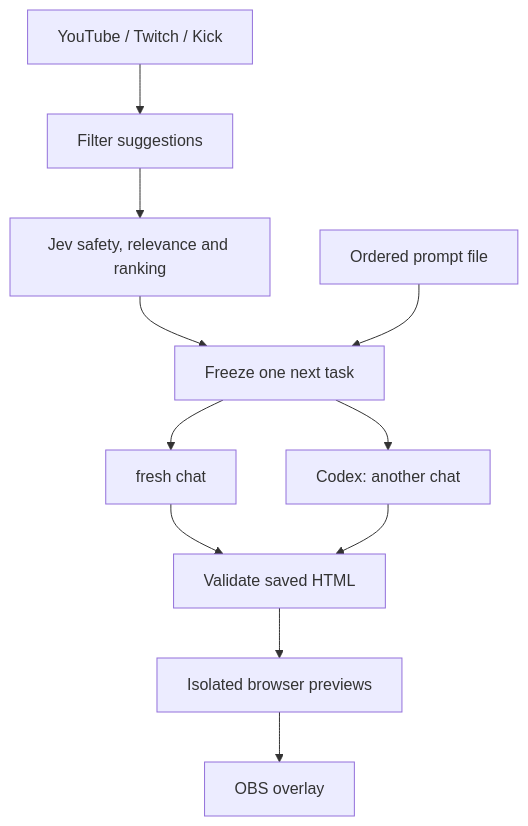
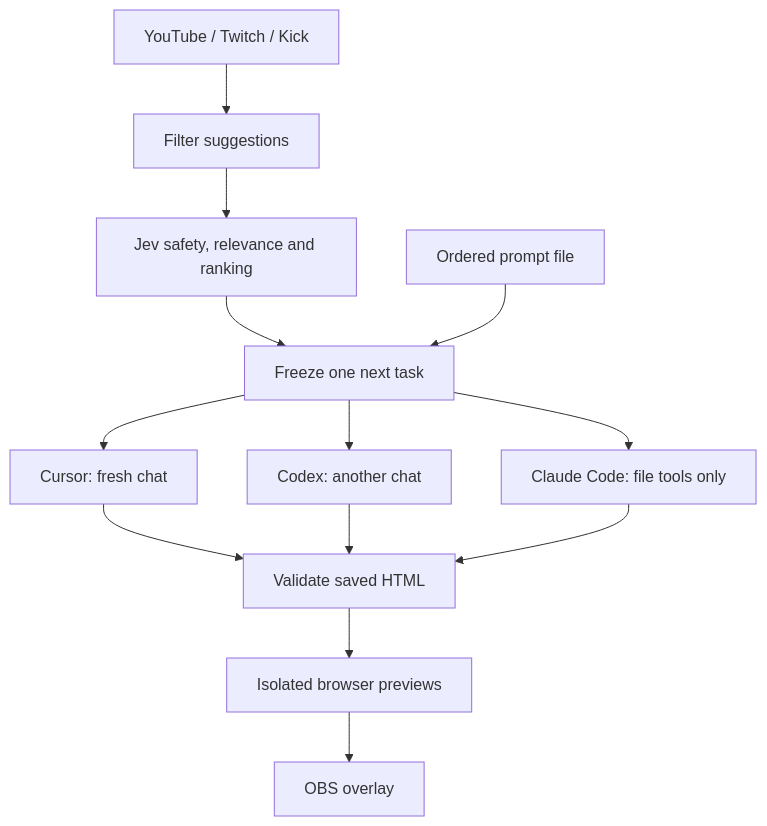
The second of 5 diagrams in README.md (mayank-devac/Twitching), drawn with Mermaid before and after one commit. The commit also changed other lines of this file and 34 other files, not shown here.

````diff
--- a/README.md
+++ b/README.md
@@ -230,13 +235,15 @@
 ```mermaid
 flowchart TD
     Chat[YouTube / Twitch / Kick] --> Filter[Filter suggestions]
     Filter --> Jev[Jev safety, relevance and ranking]
     Jev --> Task[Freeze one next task]
     File[Ordered prompt file] --> Task
-    Task --> Cursor[ fresh chat]
+    Task --> Cursor[Cursor: fresh chat]
     Task --> Codex[Codex: another chat]
+    Task --> Claude[Claude Code: file tools only]
     Cursor --> Validate[Validate saved HTML]
     Codex --> Validate
+    Claude --> Validate
     Validate --> Preview[Isolated browser previews]
     Preview --> OBS[OBS overlay]
 ```
````
